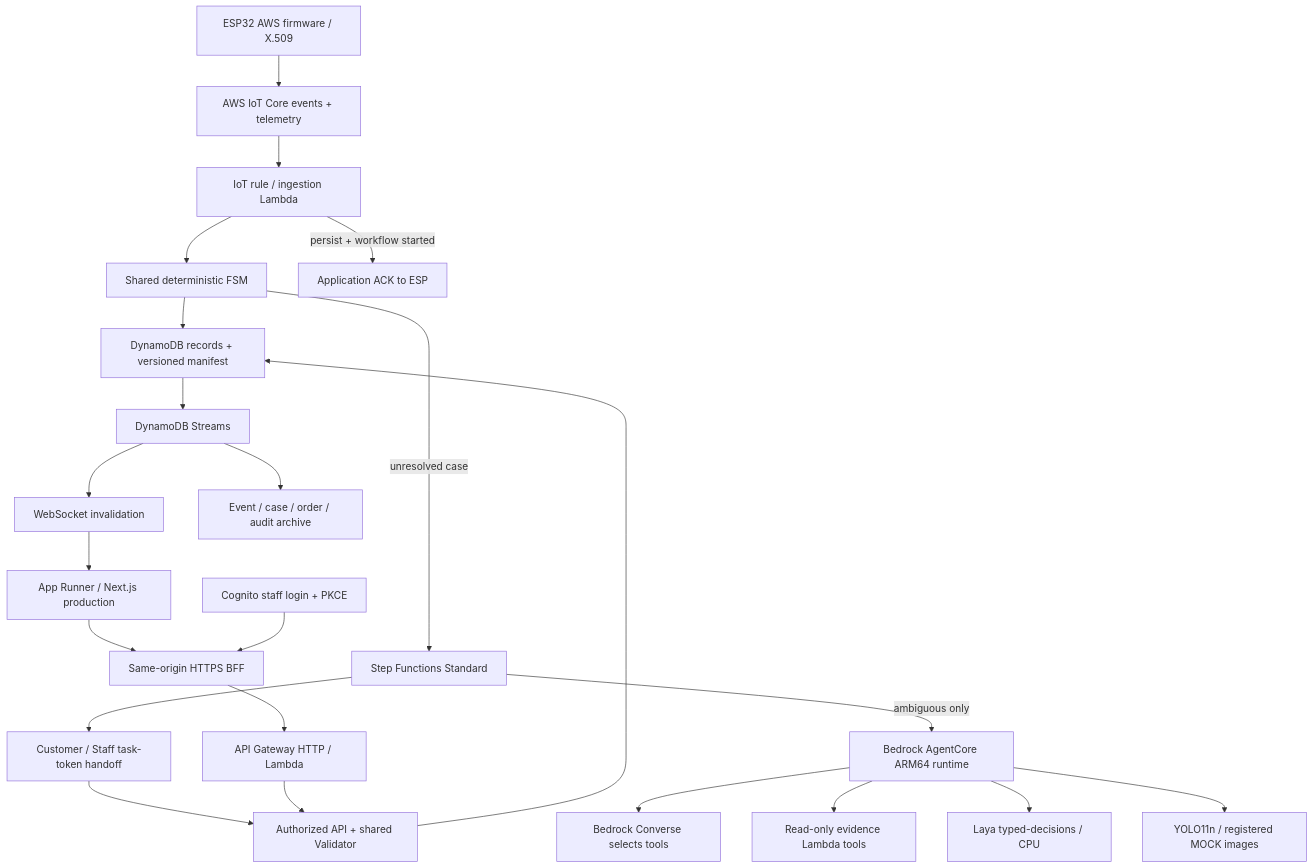
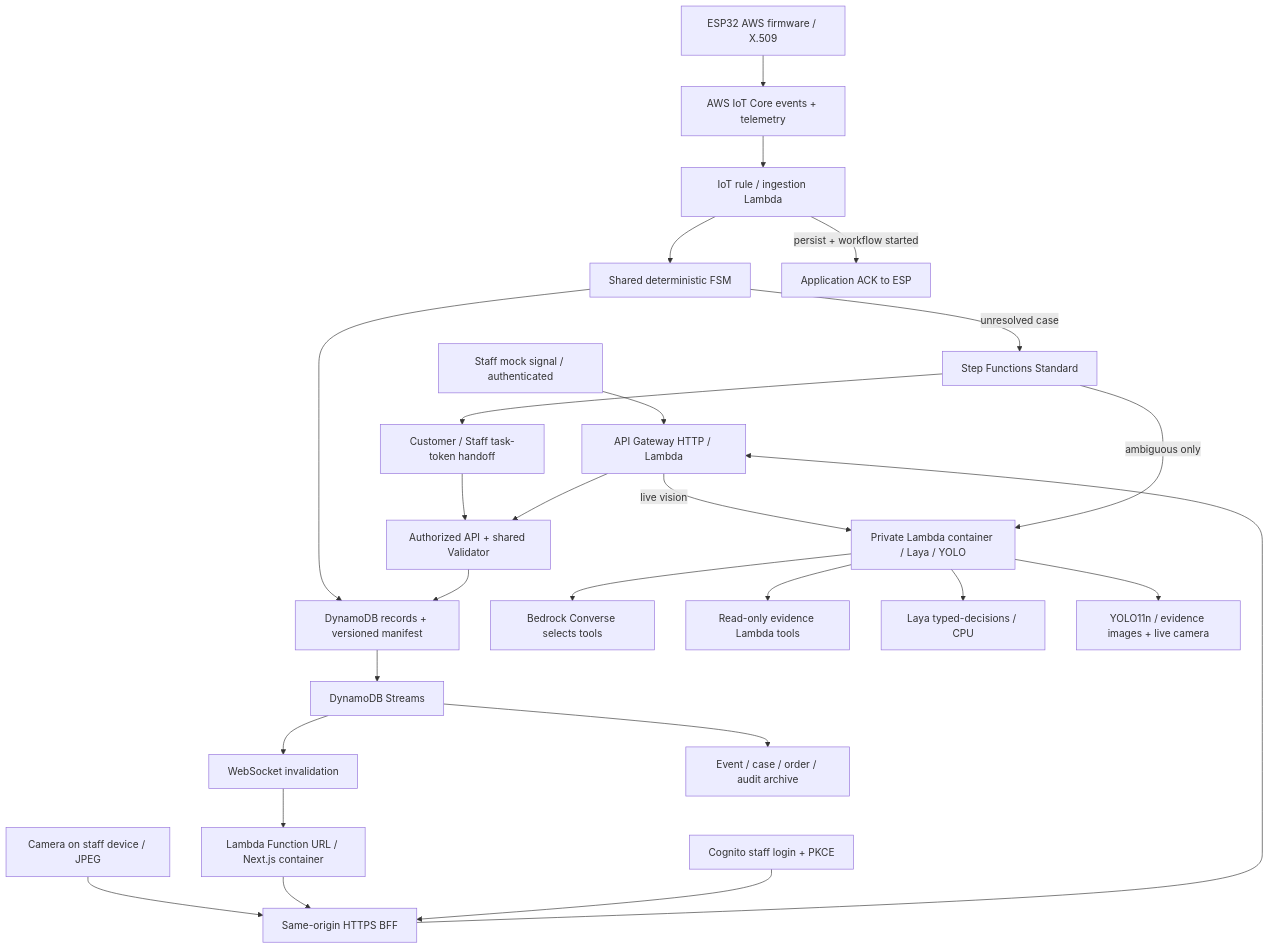
Before and after one commit to thhanabun/NTT_Prototype: the diagram in infra/cloud/README.md, drawn with Mermaid. The commit also changed other lines of this file and 26 other files, not shown here.

Commit message:
Deploy FAST cloud stack with private Lambda agent and optional IoT

````diff
--- a/infra/cloud/README.md
+++ b/infra/cloud/README.md
@@ -7,25 +7,28 @@
 ```mermaid
 flowchart TD
+  Simulator[Staff mock signal / authenticated] --> Gateway
+  Camera[Camera on staff device / JPEG] --> BFF
+  Gateway -->|live vision| Agent
   ESP[ESP32 AWS firmware / X.509] --> IoT[AWS IoT Core events + telemetry]
   IoT --> Ingest[IoT rule / ingestion Lambda]
   Ingest --> FSM[Shared deterministic FSM]
   FSM --> DB[DynamoDB records + versioned manifest]
   Ingest -->|persist + workflow started| ACK[Application ACK to ESP]
   FSM -->|unresolved case| SF[Step Functions Standard]
-  SF -->|ambiguous only| Agent[Bedrock AgentCore ARM64 runtime]
+  SF -->|ambiguous only| Agent[Private Lambda container / Laya / YOLO]
   Agent --> Model[Bedrock Converse selects tools]
   Agent --> Tools[Read-only evidence Lambda tools]
   Agent --> Laya[Laya typed-decisions / CPU]
-  Agent --> Vision[YOLO11n / registered MOCK images]
+  Agent --> Vision[YOLO11n / evidence images + live camera]
   SF --> HITL[Customer / Staff task-token handoff]
   HITL --> API[Authorized API + shared Validator]
   API --> DB
   DB --> Stream[DynamoDB Streams]
   Stream --> WS[WebSocket invalidation]
   Stream --> S3[Event / case / order / audit archive]
-  WS --> Web[App Runner / Next.js production]
+  WS --> Web[Lambda Function URL / Next.js container]
   Web --> BFF[Same-origin HTTPS BFF]
   BFF --> Gateway[API Gateway HTTP / Lambda]
   Gateway --> API
   Cognito[Cognito staff login + PKCE] --> BFF
 ```
````
